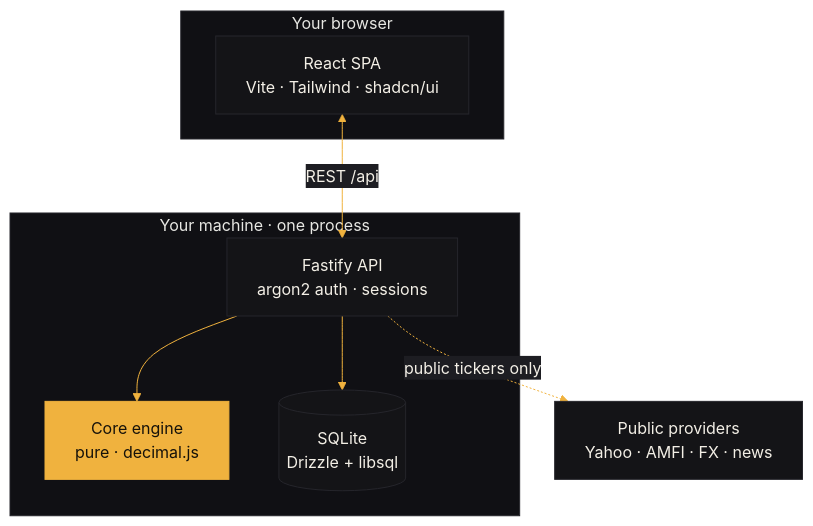
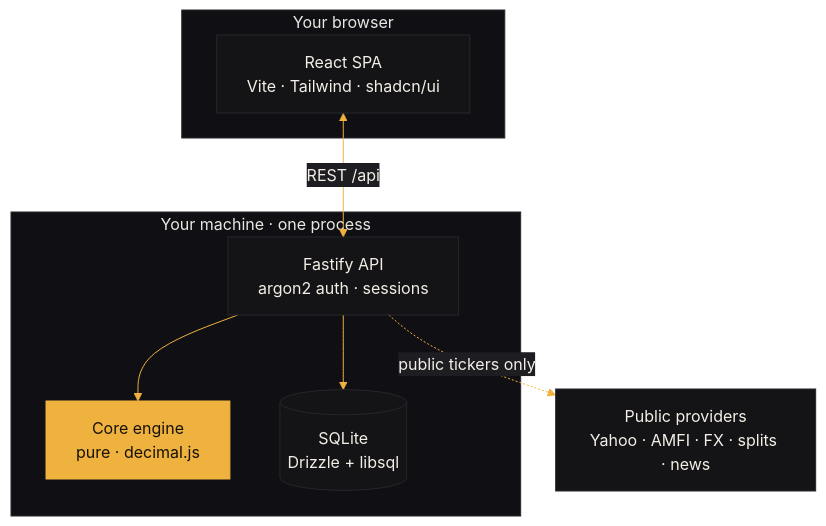
One commit to Manan-2007/Dhan_Drishti changed the third of 3 diagrams in README.md. Above: the diagram before and after it, drawn with Mermaid. The commit also changed other lines of this file, not shown here.

````diff
--- a/README.md
+++ b/README.md
@@ -69,19 +69,19 @@
 ```mermaid
 %%{init: {'theme':'base','themeVariables':{'primaryColor':'#141417','primaryTextColor':'#f3efe6','primaryBorderColor':'#26262c','lineColor':'#f0b23e','secondaryColor':'#1d1d22','tertiaryColor':'#18181c','fontFamily':'IBM Plex Sans, Segoe UI, sans-serif','clusterBkg':'#101014','clusterBorder':'#26262c'}}}%%
 flowchart TB
   subgraph BROWSER["Your browser"]
     W["React SPA<br/>Vite · Tailwind · shadcn/ui"]
   end
   subgraph HOST["Your machine · one process"]
     S["Fastify API<br/>argon2 auth · sessions"]
     CORE["Core engine<br/>pure · decimal.js"]
     DBx[("SQLite<br/>Drizzle + libsql")]
   end
-  EXT["Public providers<br/>Yahoo · AMFI · FX · news"]
+  EXT["Public providers<br/>Yahoo · AMFI · FX · splits · news"]
   W <-->|"REST /api"| S
   S --> CORE
   S --> DBx
   S -. "public tickers only" .-> EXT
   classDef accent fill:#f0b23e,stroke:#f0b23e,color:#16120a;
   class CORE accent
 ```
````
